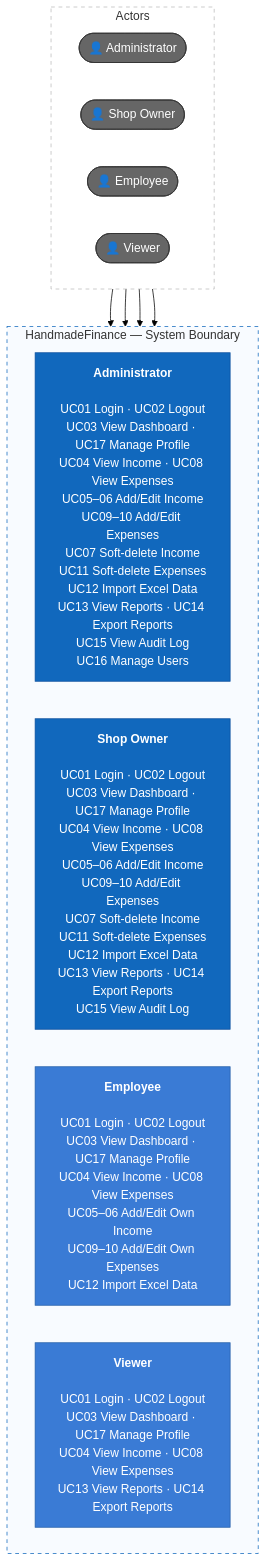
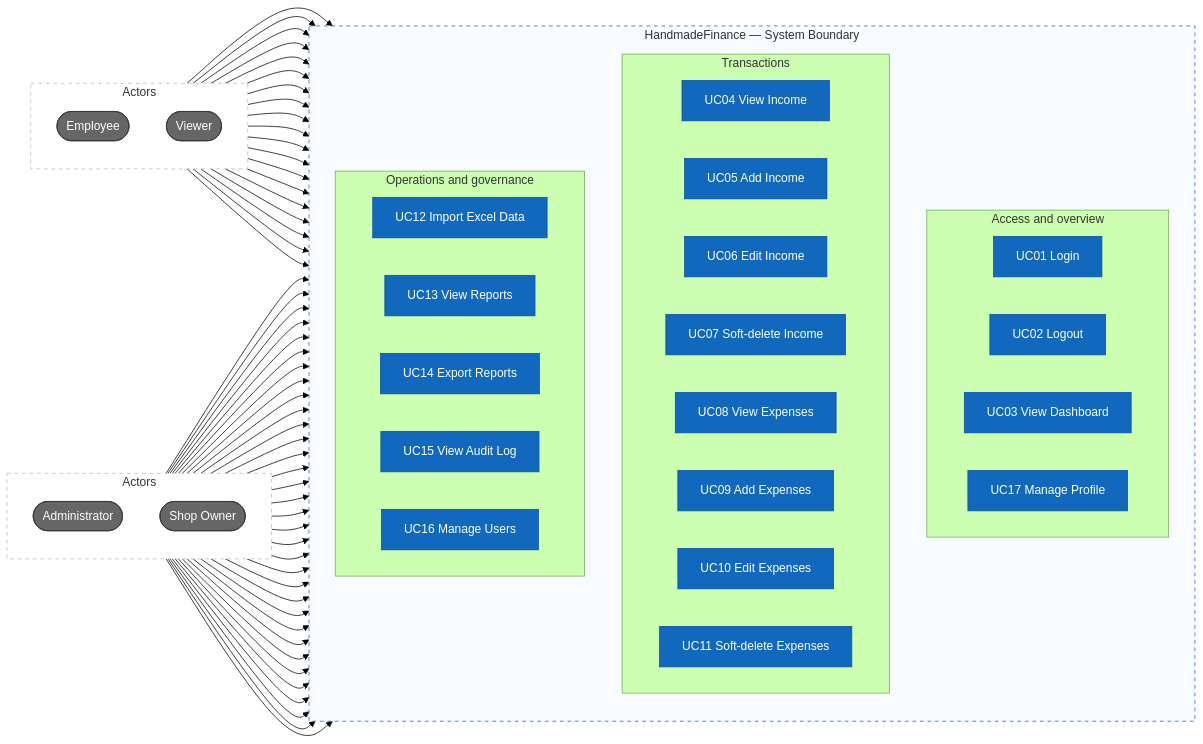
One commit to PhamHiep948/finance-manager changed the first of 2 diagrams in docs/03-use-cases.md. Above: the diagram before and after it, drawn with Mermaid (forest theme). The commit also changed other lines of this file and 22 other files, not shown here.

````diff
--- a/docs/03-use-cases.md
+++ b/docs/03-use-cases.md
@@ -40,32 +40,57 @@
 ```mermaid
-flowchart TB
-    subgraph roles["Actors"]
-        direction LR
-        admin(["👤 Administrator"])
-        owner(["👤 Shop Owner"])
-        employee(["👤 Employee"])
-        viewer(["👤 Viewer"])
+flowchart LR
+    subgraph left["Actors"]
+        direction TB
+        admin(["Administrator"])
+        owner(["Shop Owner"])
     end
 
     subgraph system["HandmadeFinance — System Boundary"]
-        direction LR
-        adminCases["<b>Administrator</b><br/><br/>UC01 Login · UC02 Logout<br/>UC03 View Dashboard · UC17 Manage Profile<br/>UC04 View Income · UC08 View Expenses<br/>UC05–06 Add/Edit Income<br/>UC09–10 Add/Edit Expenses<br/>UC07 Soft-delete Income<br/>UC11 Soft-delete Expenses<br/>UC12 Import Excel Data<br/>UC13 View Reports · UC14 Export Reports<br/>UC15 View Audit Log<br/>UC16 Manage Users"]
-        ownerCases["<b>Shop Owner</b><br/><br/>UC01 Login · UC02 Logout<br/>UC03 View Dashboard · UC17 Manage Profile<br/>UC04 View Income · UC08 View Expenses<br/>UC05–06 Add/Edit Income<br/>UC09–10 Add/Edit Expenses<br/>UC07 Soft-delete Income<br/>UC11 Soft-delete Expenses<br/>UC12 Import Excel Data<br/>UC13 View Reports · UC14 Export Reports<br/>UC15 View Audit Log"]
-        employeeCases["<b>Employee</b><br/><br/>UC01 Login · UC02 Logout<br/>UC03 View Dashboard · UC17 Manage Profile<br/>UC04 View Income · UC08 View Expenses<br/>UC05–06 Add/Edit Own Income<br/>UC09–10 Add/Edit Own Expenses<br/>UC12 Import Excel Data"]
-        viewerCases["<b>Viewer</b><br/><br/>UC01 Login · UC02 Logout<br/>UC03 View Dashboard · UC17 Manage Profile<br/>UC04 View Income · UC08 View Expenses<br/>UC13 View Reports · UC14 Export Reports"]
+        direction TB
+        subgraph common["Access and overview"]
+            direction LR
+            uc01["UC01 Login"]
+            uc02["UC02 Logout"]
+            uc03["UC03 View Dashboard"]
+            uc17["UC17 Manage Profile"]
+        end
+        subgraph ledger["Transactions"]
+            direction LR
+            uc04["UC04 View Income"]
+            uc05["UC05 Add Income"]
+            uc06["UC06 Edit Income"]
+            uc07["UC07 Soft-delete Income"]
+            uc08["UC08 View Expenses"]
+            uc09["UC09 Add Expenses"]
+            uc10["UC10 Edit Expenses"]
+            uc11["UC11 Soft-delete Expenses"]
+        end
+        subgraph operations["Operations and governance"]
+            direction LR
+            uc12["UC12 Import Excel Data"]
+            uc13["UC13 View Reports"]
+            uc14["UC14 Export Reports"]
+            uc15["UC15 View Audit Log"]
+            uc16["UC16 Manage Users"]
+        end
     end
 
-    admin --> adminCases
-    owner --> ownerCases
-    employee --> employeeCases
-    viewer --> viewerCases
+    subgraph right["Actors"]
+        direction TB
+        employee(["Employee"])
+        viewer(["Viewer"])
+    end
+
+    admin --> uc01 & uc02 & uc03 & uc04 & uc05 & uc06 & uc07 & uc08 & uc09 & uc10 & uc11 & uc12 & uc13 & uc14 & uc15 & uc16 & uc17
+    owner --> uc01 & uc02 & uc03 & uc04 & uc05 & uc06 & uc07 & uc08 & uc09 & uc10 & uc11 & uc12 & uc13 & uc14 & uc15 & uc17
+    employee --> uc01 & uc02 & uc03 & uc04 & uc05 & uc06 & uc08 & uc09 & uc10 & uc12 & uc17
+    viewer --> uc01 & uc02 & uc03 & uc04 & uc08 & uc13 & uc14 & uc17
 
     classDef actor fill:#666,color:#fff,stroke:#333
-    classDef primary fill:#1168bd,color:#fff,stroke:#0b4f9e
-    classDef standard fill:#3a7bd5,color:#fff,stroke:#245fa8
+    classDef usecase fill:#1168bd,color:#fff,stroke:#0b4f9e
     class admin,owner,employee,viewer actor
-    class adminCases,ownerCases primary
-    class employeeCases,viewerCases standard
-    style roles fill:#fff,stroke:#bbb,stroke-dasharray:5 5
+    class uc01,uc02,uc03,uc04,uc05,uc06,uc07,uc08,uc09,uc10,uc11,uc12,uc13,uc14,uc15,uc16,uc17 usecase
+    style left fill:#fff,stroke:#bbb,stroke-dasharray:5 5
+    style right fill:#fff,stroke:#bbb,stroke-dasharray:5 5
     style system fill:#f8fbff,stroke:#1168bd,stroke-dasharray:5 5
 ```
````
